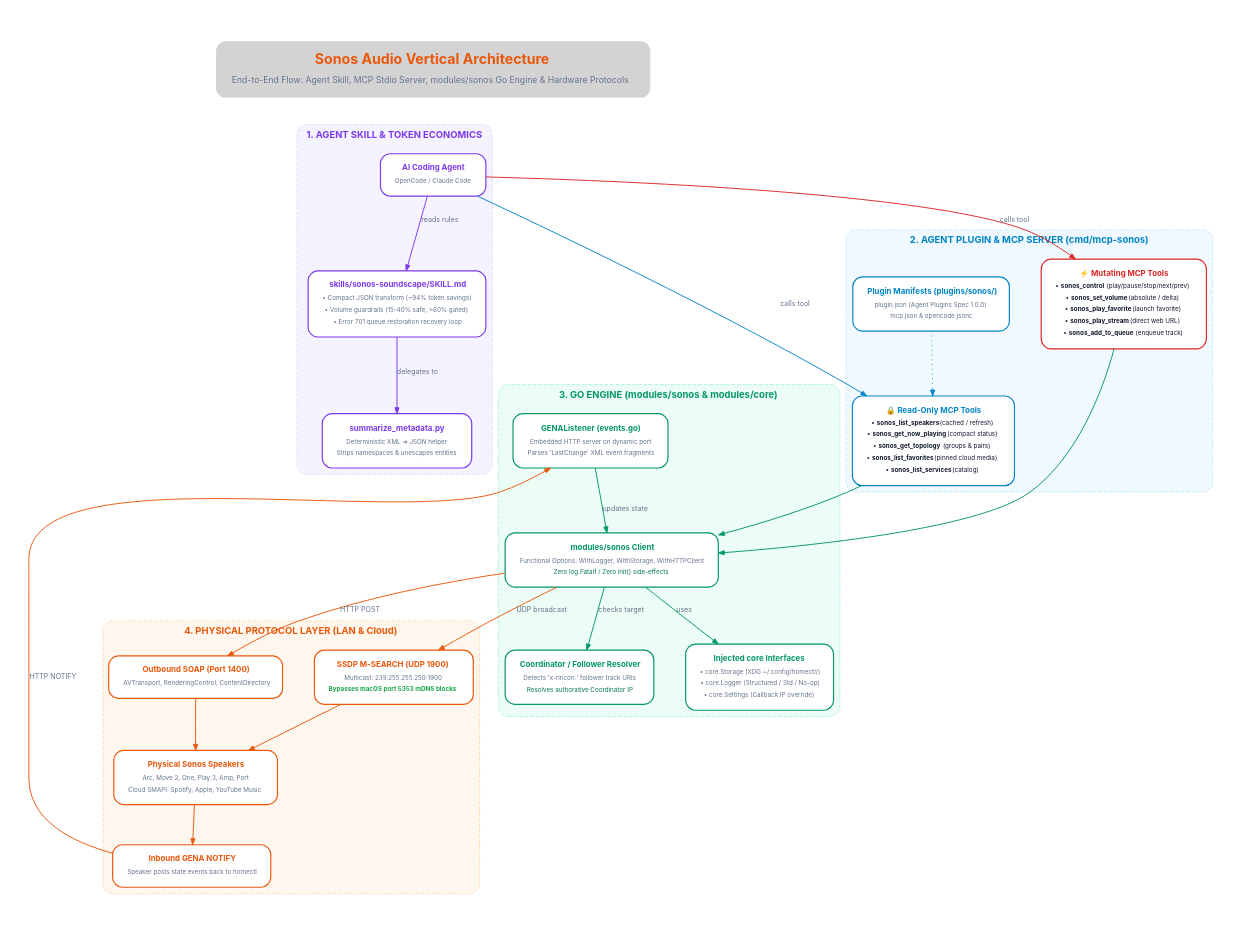
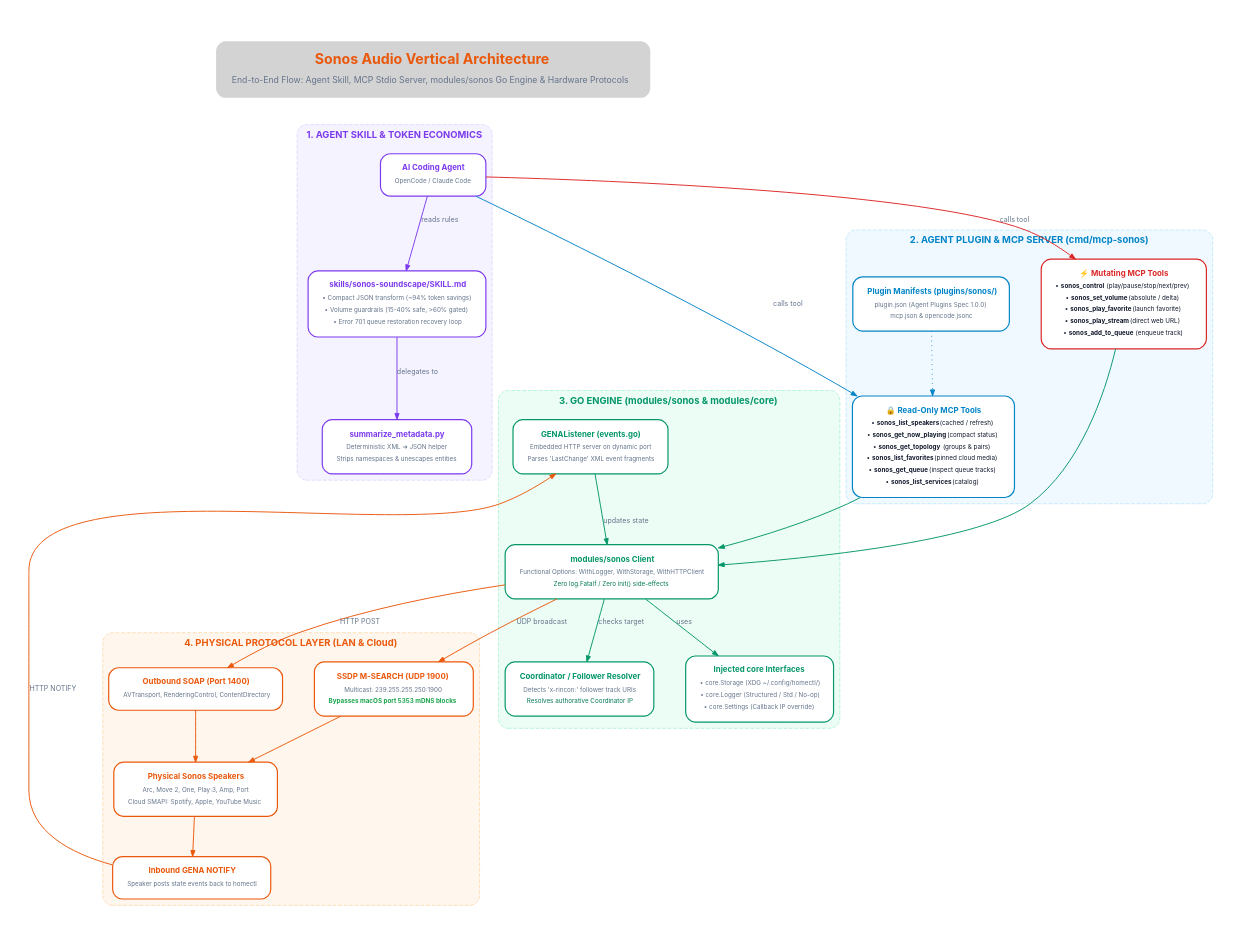
Before and after one commit to ghchinoy/homectl: the diagram in docs/src/assets/architecture/sonos.dot, drawn with Graphviz. The commit also changed 15 other files, not shown here.

Commit message:
feat(sonos): add sonos_get_queue MCP tool and CLI queue browsing (control-ul9)

```diff
--- a/docs/src/assets/architecture/sonos.dot
+++ b/docs/src/assets/architecture/sonos.dot
@@ -105,6 +105,7 @@
         <tr><td><font color="#0f172a" point-size="8">• <b>sonos_get_now_playing</b> (compact status)</font></td></tr>
         <tr><td><font color="#0f172a" point-size="8">• <b>sonos_get_topology</b> (groups &amp; pairs)</font></td></tr>
         <tr><td><font color="#0f172a" point-size="8">• <b>sonos_list_favorites</b> (pinned cloud media)</font></td></tr>
+        <tr><td><font color="#0f172a" point-size="8">• <b>sonos_get_queue</b> (inspect queue tracks)</font></td></tr>
         <tr><td><font color="#0f172a" point-size="8">• <b>sonos_list_services</b> (catalog)</font></td></tr>
       </table>>,
       fillcolor="#ffffff",
```
